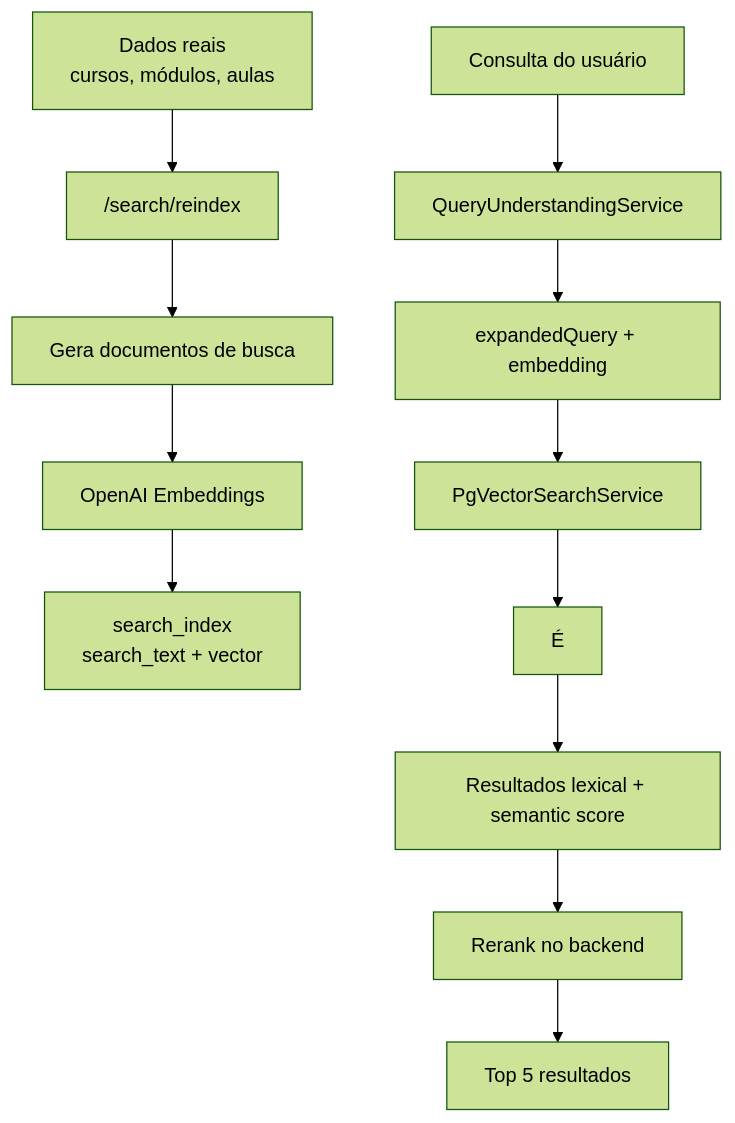
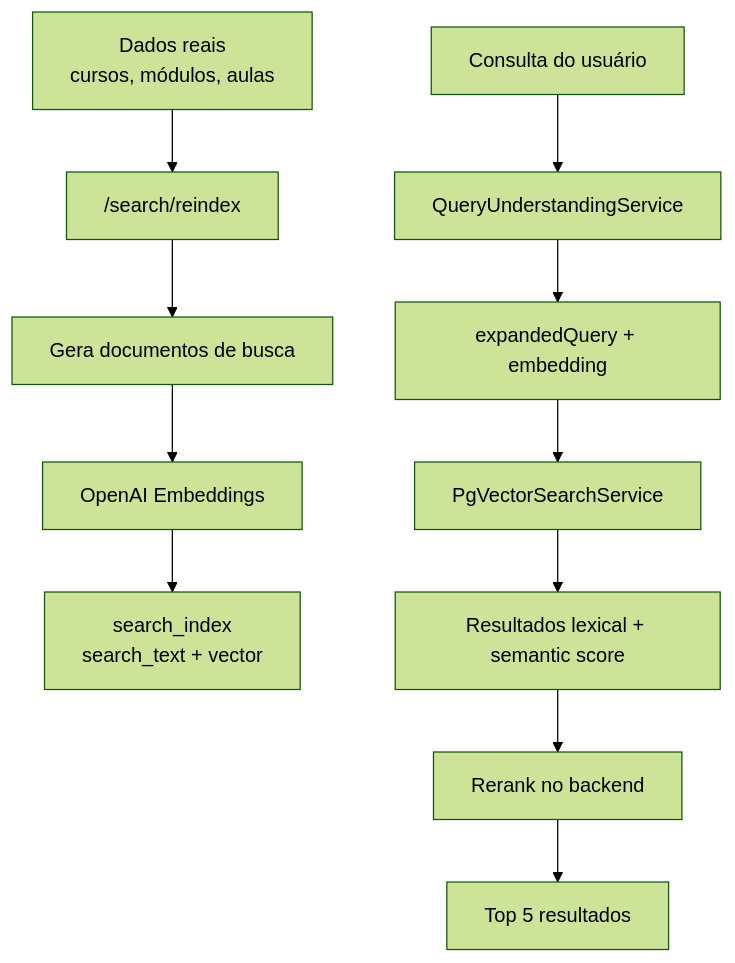
Before and after one commit to SoftSolutionsProject/Documentacao: the fourth of 4 diagrams in busca-semantica.md, drawn with Mermaid (forest theme). The commit also changed 1 other file, not shown here.

Commit message:
docs: ajusta readme

````diff
--- a/busca-semantica.md
+++ b/busca-semantica.md
@@ -552,14 +552,13 @@
 ```mermaid
 flowchart TD
     A["Dados reais<br/>cursos, módulos, aulas"] --> B["/search/reindex"]
     B --> C["Gera documentos de busca"]
     C --> D["OpenAI Embeddings"]
     D --> E["search_index<br/>search_text + vector"]
     F["Consulta do usuário"] --> G["QueryUnderstandingService"]
     G --> H["expandedQuery + embedding"]
     H --> I["PgVectorSearchService"]
-    I --> É
-    É --> J["Resultados lexical + semantic score"]
+    I --> J["Resultados lexical + semantic score"]
     J --> K["Rerank no backend"]
     K --> L["Top 5 resultados"]
 ```
````
